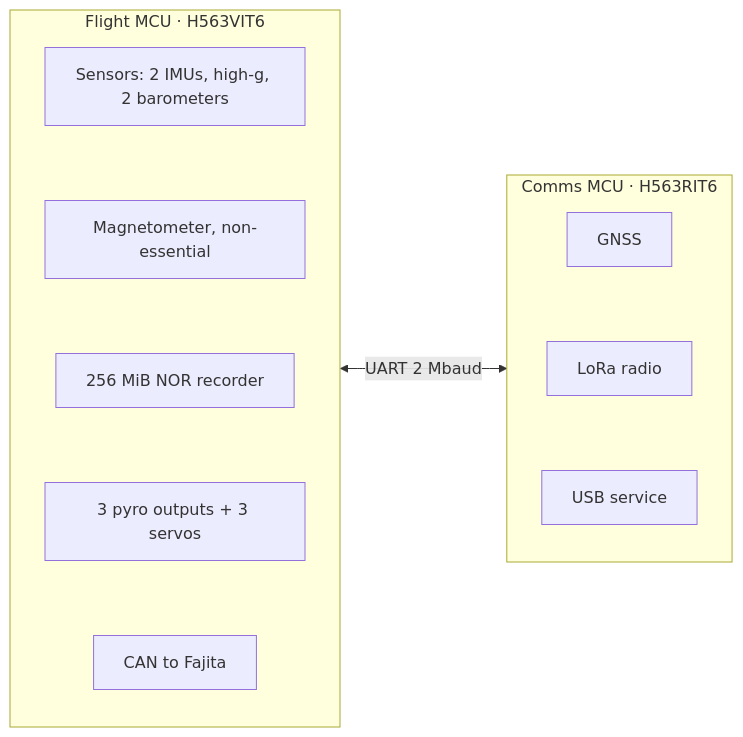
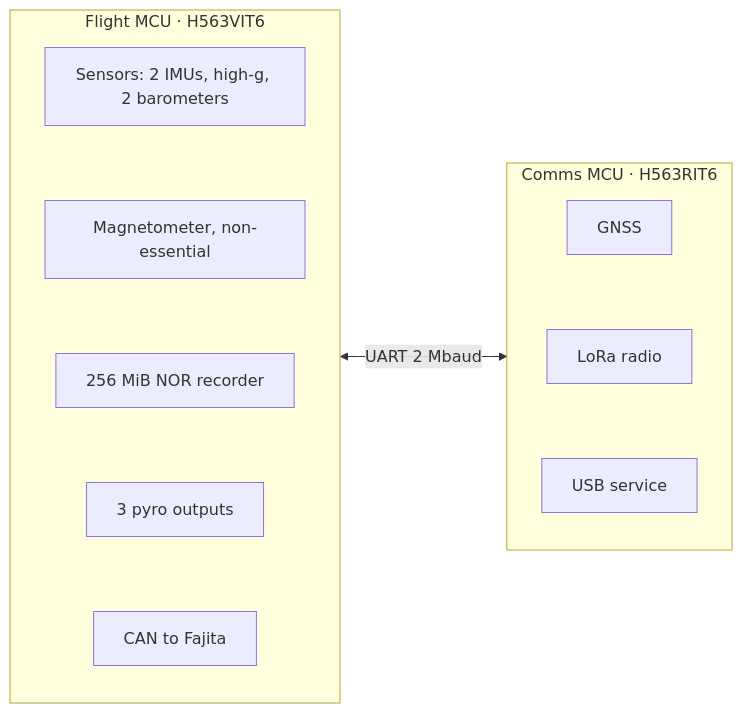
The second of 3 diagrams in docs/architecture/system-tour.md (ULAS-HiPR/Ogma2), drawn with Mermaid before and after one commit. The commit also changed other lines of this file and 21 other files, not shown here.

First line of the commit message:
Record the 18-19 Nov architecture sign-off and its decisions

````diff
--- a/docs/architecture/system-tour.md
+++ b/docs/architecture/system-tour.md
@@ -62,20 +62,20 @@
 ```mermaid
 flowchart LR
   subgraph FLIGHT["Flight MCU · H563VIT6"]
     direction TB
     FS["Sensors: 2 IMUs, high-g, 2 barometers"]
     FM["Magnetometer, non-essential"]
     FN["256 MiB NOR recorder"]
-    FO["3 pyro outputs + 3 servos"]
+    FO["3 pyro outputs"]
     FC["CAN to Fajita"]
     FS ~~~ FM ~~~ FN ~~~ FO ~~~ FC
   end
   subgraph COMMS["Comms MCU · H563RIT6"]
     direction TB
     CG["GNSS"]
     CR["LoRa radio"]
     CU["USB service"]
     CG ~~~ CR ~~~ CU
   end
   FLIGHT <-->|"UART 2 Mbaud"| COMMS
 ```
````
